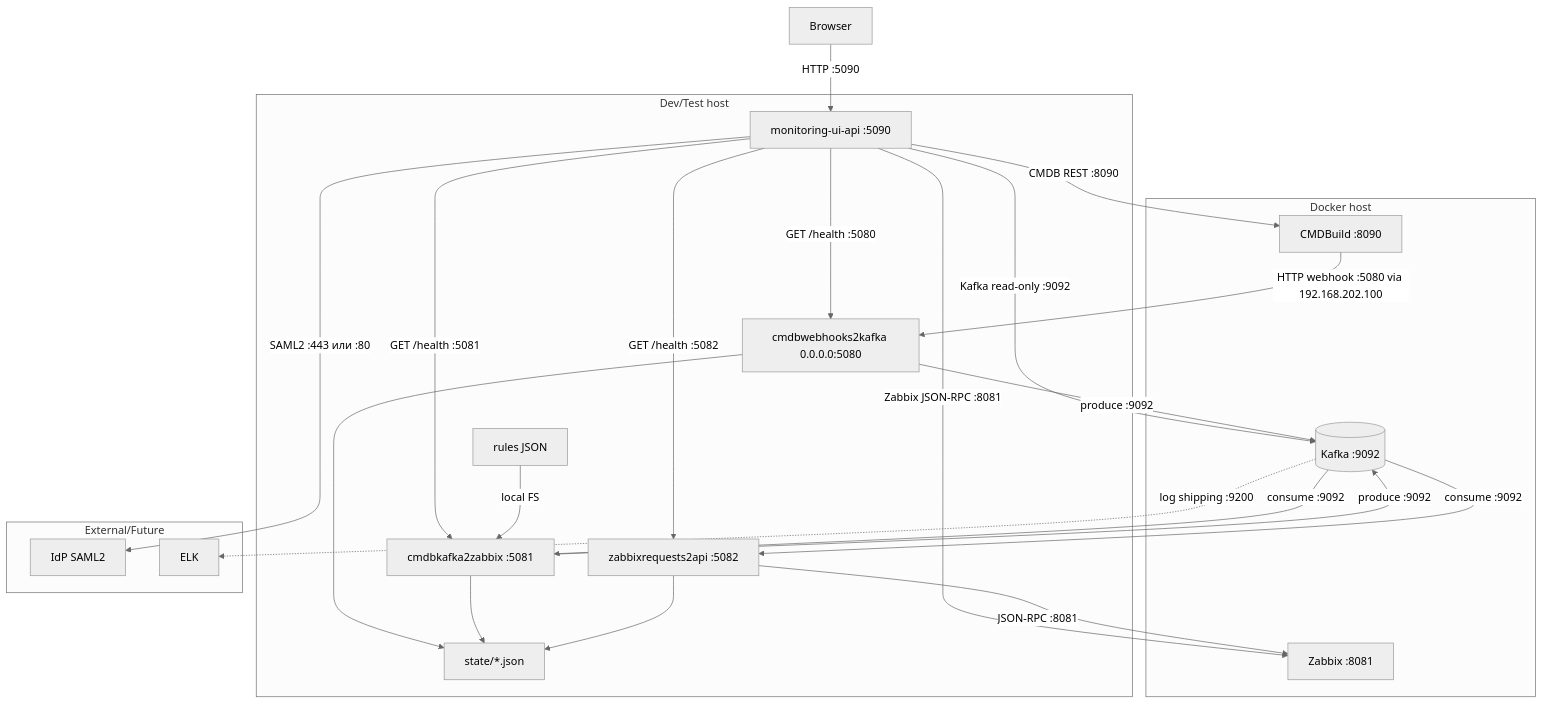
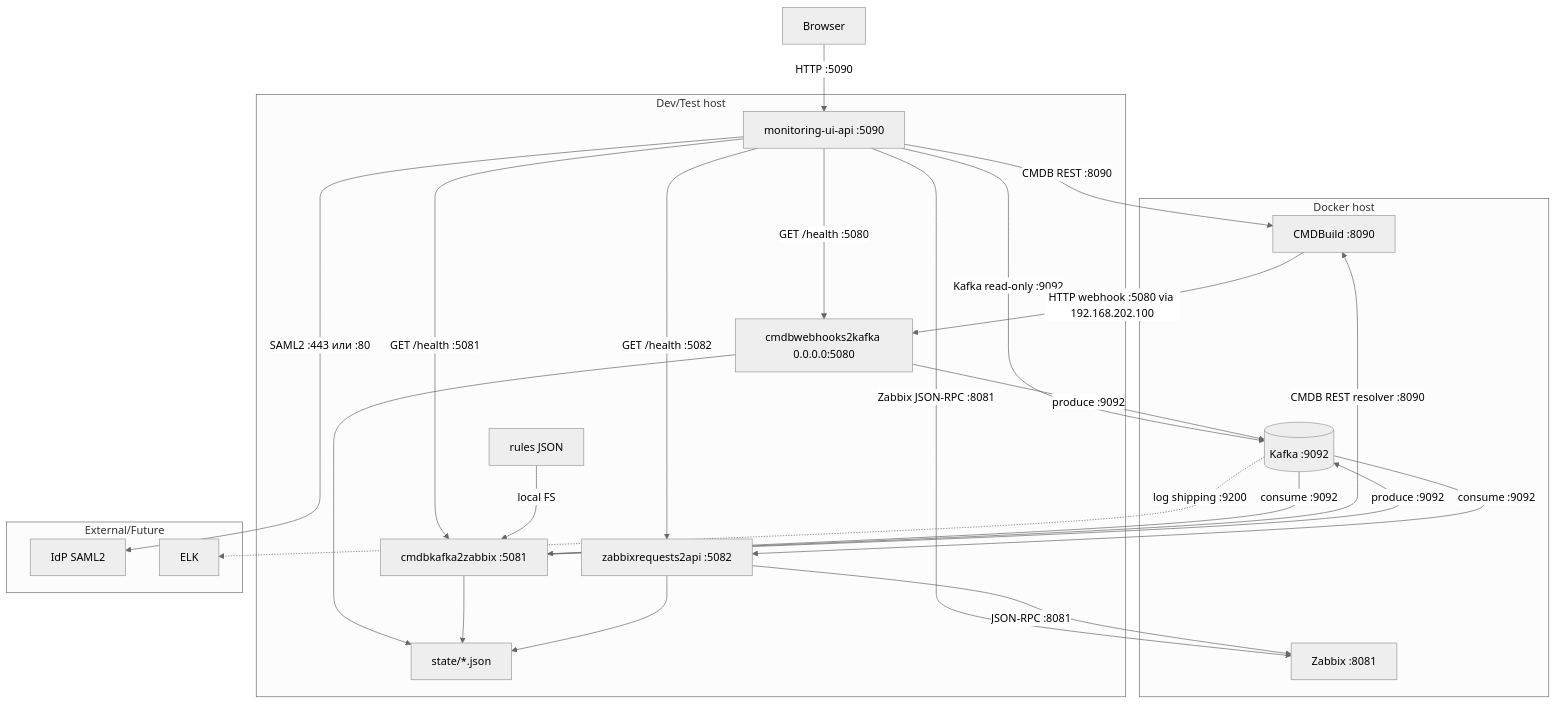
The diagram in aa/deployment-test.mmd (igorlyapin-max/cmdb2monitoring), drawn with Mermaid (neutral theme) before and after one commit. The commit also changed 34 other files, not shown here.

```diff
--- a/aa/deployment-test.mmd
+++ b/aa/deployment-test.mmd
@@ -1,40 +1,41 @@
 flowchart TB
     subgraph devhost[Dev/Test host]
         monui[monitoring-ui-api :5090]
         wh[cmdbwebhooks2kafka 0.0.0.0:5080]
         conv[cmdbkafka2zabbix :5081]
         api[zabbixrequests2api :5082]
         rules[rules JSON]
         state[state/*.json]
     end
 
     subgraph docker[Docker host]
         kafka[(Kafka :9092)]
         cmdb[CMDBuild :8090]
         zbx[Zabbix :8081]
     end
 
     subgraph external[External/Future]
         idp[IdP SAML2]
         elk[ELK]
     end
 
     browser[Browser] -->|HTTP :5090| monui
     monui -->|SAML2 :443 или :80| idp
     monui -->|CMDB REST :8090| cmdb
     monui -->|Zabbix JSON-RPC :8081| zbx
     monui -->|Kafka read-only :9092| kafka
     monui -->|GET /health :5080| wh
     monui -->|GET /health :5081| conv
     monui -->|GET /health :5082| api
     cmdb -->|HTTP webhook :5080 via 192.168.202.100| wh
     wh -->|produce :9092| kafka
     kafka -->|consume :9092| conv
     rules -->|local FS| conv
+    conv -->|CMDB REST resolver :8090| cmdb
     conv -->|produce :9092| kafka
     kafka -->|consume :9092| api
     api -->|JSON-RPC :8081| zbx
     wh --> state
     conv --> state
     api --> state
     kafka -. log shipping :9200 .-> elk
```
